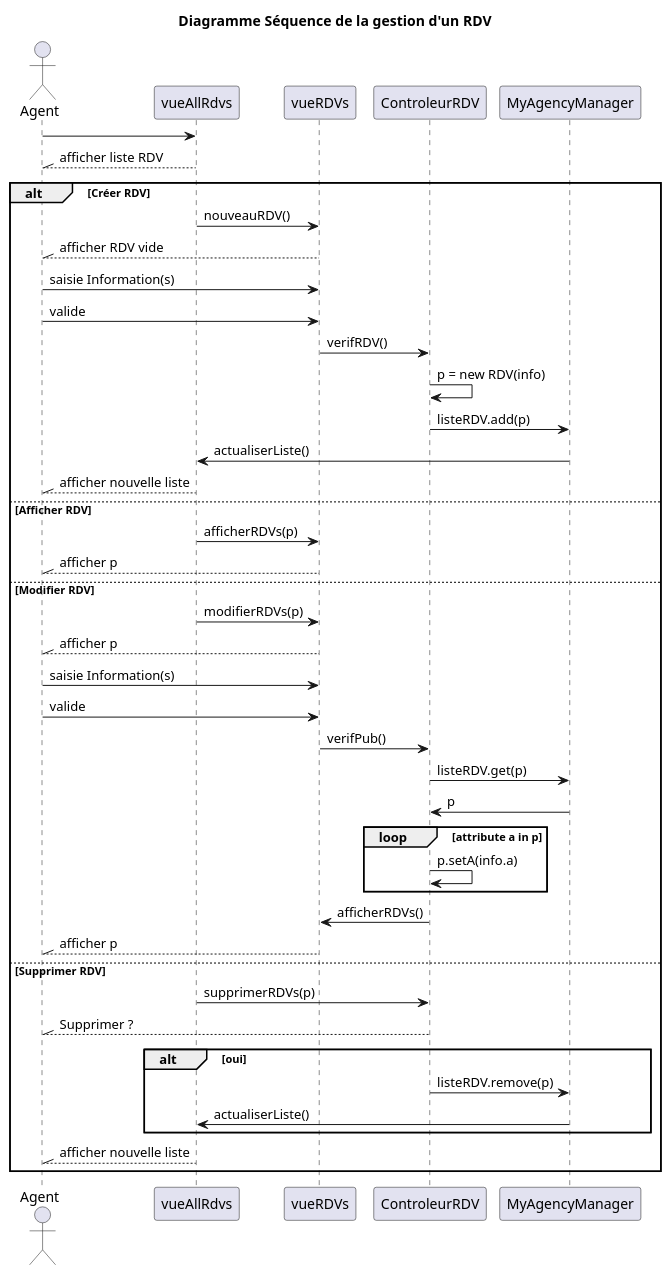
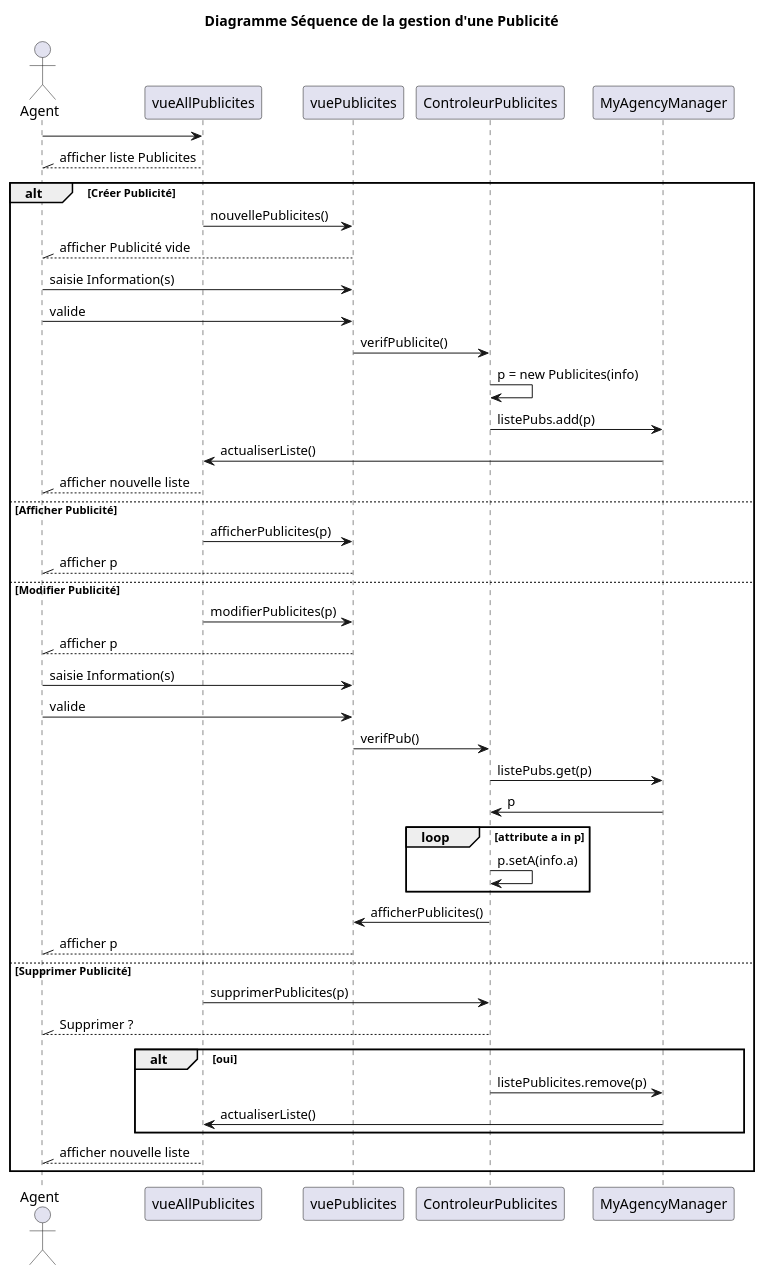
Before and after one commit to Arnaud-Sibade-Tlse/ProjetUML_Miashs: the diagram in DossierConception/SeqGererPub.pu, drawn with PlantUML. The commit also changed 3 other files, not shown here.

Commit message:
SEQUENCE : Gestion Modele

```diff
--- a/DossierConception/SeqGererPub.pu
+++ b/DossierConception/SeqGererPub.pu
@@ -1,63 +1,64 @@
 @startuml
 
-title Diagramme Séquence de la gestion d'un RDV
+title Diagramme Séquence de la gestion d'une Publicité
 
 actor Agent as A
 
 
-A -> vueAllRdvs 
-A //-- vueAllRdvs :afficher liste RDV
+A -> vueAllPublicites 
+A //-- vueAllPublicites :afficher liste Publicites
 
-alt Créer RDV
-vueAllRdvs -> vueRDVs :nouveauRDV()
+alt Créer Publicité
+vueAllPublicites -> vuePublicites :nouvellePublicites()
 
 
-A //-- vueRDVs :afficher RDV vide
+A //-- vuePublicites :afficher Publicité vide
 
-A -> vueRDVs : saisie Information(s)
-A -> vueRDVs : valide
+A -> vuePublicites : saisie Information(s)
+A -> vuePublicites : valide
 
-vueRDVs -> ControleurRDV : verifRDV()
+vuePublicites -> ControleurPublicites : verifPublicite()
 
-ControleurRDV -> ControleurRDV : p = new RDV(info)
-ControleurRDV -> MyAgencyManager : listeRDV.add(p)
+ControleurPublicites -> ControleurPublicites : p = new Publicites(info)
+ControleurPublicites -> MyAgencyManager : listePubs.add(p)
 
-MyAgencyManager -> vueAllRdvs : actualiserListe()
+MyAgencyManager -> vueAllPublicites : actualiserListe()
 
-A //-- vueAllRdvs : afficher nouvelle liste
+A //-- vueAllPublicites : afficher nouvelle liste
 
 
-else Afficher RDV
-vueAllRdvs -> vueRDVs : afficherRDVs(p)
-A //-- vueRDVs :afficher p
+else Afficher Publicité
+vueAllPublicites -> vuePublicites : afficherPublicites(p)
+A //-- vuePublicites :afficher p
 
-else Modifier RDV
+else Modifier Publicité
 
-vueAllRdvs -> vueRDVs : modifierRDVs(p)
-A //-- vueRDVs :afficher p
+vueAllPublicites -> vuePublicites : modifierPublicites(p)
+A //-- vuePublicites :afficher p
 
-A -> vueRDVs : saisie Information(s)
-A -> vueRDVs : valide
+A -> vuePublicites : saisie Information(s)
+A -> vuePublicites : valide
 
-vueRDVs -> ControleurRDV : verifPub()
+vuePublicites -> ControleurPublicites : verifPub()
 
-ControleurRDV -> MyAgencyManager : listeRDV.get(p)
-MyAgencyManager -> ControleurRDV : p
+ControleurPublicites -> MyAgencyManager : listePubs.get(p)
+MyAgencyManager -> ControleurPublicites : p
 
 loop attribute a in p
-ControleurRDV -> ControleurRDV :p.setA(info.a)
+ControleurPublicites -> ControleurPublicites :p.setA(info.a)
 end
 
-ControleurRDV -> vueRDVs : afficherRDVs()
-A //-- vueRDVs :afficher p
-else Supprimer RDV
-vueAllRdvs -> ControleurRDV : supprimerRDVs(p)
-A //-- ControleurRDV : Supprimer ?
+ControleurPublicites -> vuePublicites : afficherPublicites()
+A //-- vuePublicites :afficher p
+
+else Supprimer Publicité
+vueAllPublicites -> ControleurPublicites : supprimerPublicites(p)
+A //-- ControleurPublicites : Supprimer ?
 alt oui
-ControleurRDV -> MyAgencyManager : listeRDV.remove(p)
-MyAgencyManager -> vueAllRdvs : actualiserListe()
+ControleurPublicites -> MyAgencyManager : listePublicites.remove(p)
+MyAgencyManager -> vueAllPublicites : actualiserListe()
 
 end
-A //-- vueAllRdvs : afficher nouvelle liste
+A //-- vueAllPublicites : afficher nouvelle liste
 end
 @enduml
```
